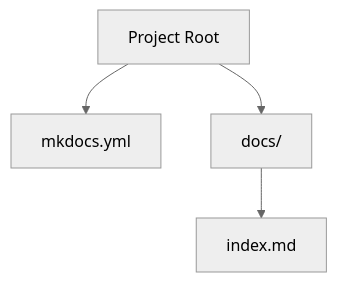
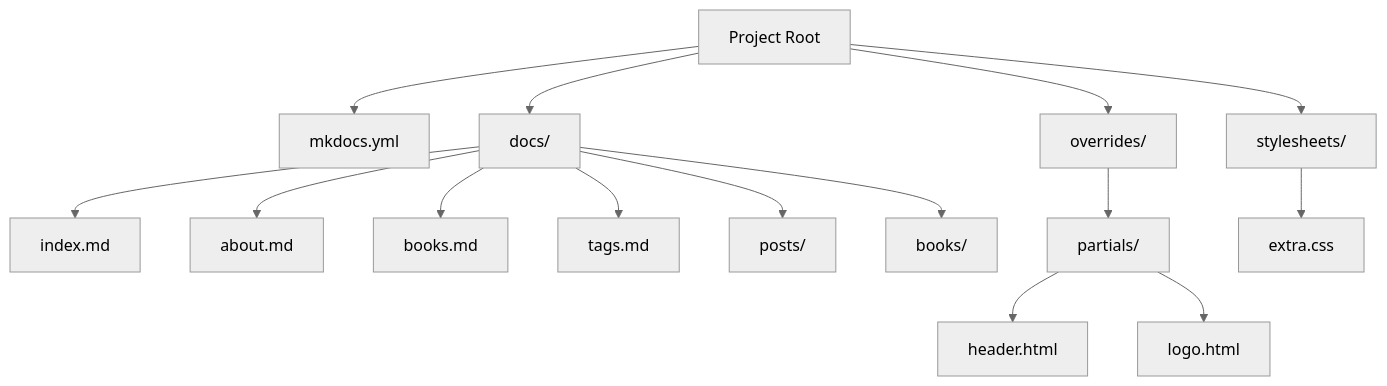
One commit to UltraOptiMega/UltraOptiMega.github.io changed the first of 3 diagrams in .qoder/repowiki/en/content/Configuration Guide.md. Above: the diagram before and after it, drawn with Mermaid (neutral theme). The commit also changed other lines of this file and 6 other files, not shown here.

````diff
--- a/.qoder/repowiki/en/content/Configuration Guide.md
+++ b/.qoder/repowiki/en/content/Configuration Guide.md
@@ -29,6 +46,17 @@
 ```mermaid
 graph TB
 Root["Project Root"] --> Config["mkdocs.yml"]
 Root --> Docs["docs/"]
+Root --> Overrides["overrides/"]
+Root --> Styles["stylesheets/"]
 Docs --> Index["index.md"]
+Docs --> About["about.md"]
+Docs --> Books["books.md"]
+Docs --> Tags["tags.md"]
+Docs --> Posts["posts/"]
+Docs --> BooksDir["books/"]
+Overrides --> Partials["partials/"]
+Partials --> Header["header.html"]
+Partials --> Logo["logo.html"]
+Styles --> ExtraCSS["extra.css"]
 ```
````
